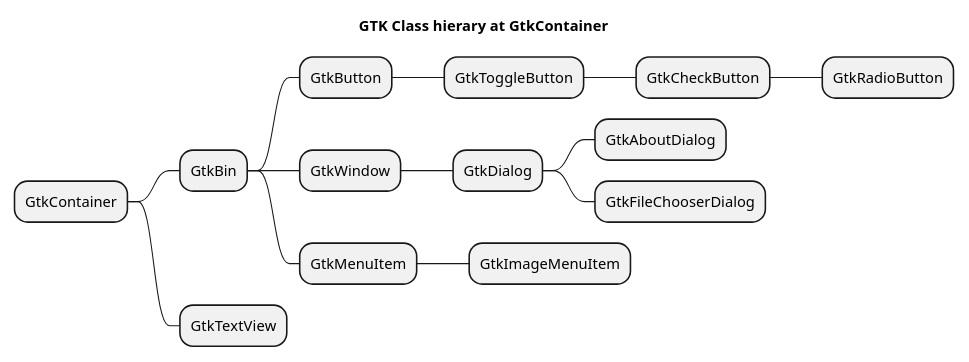
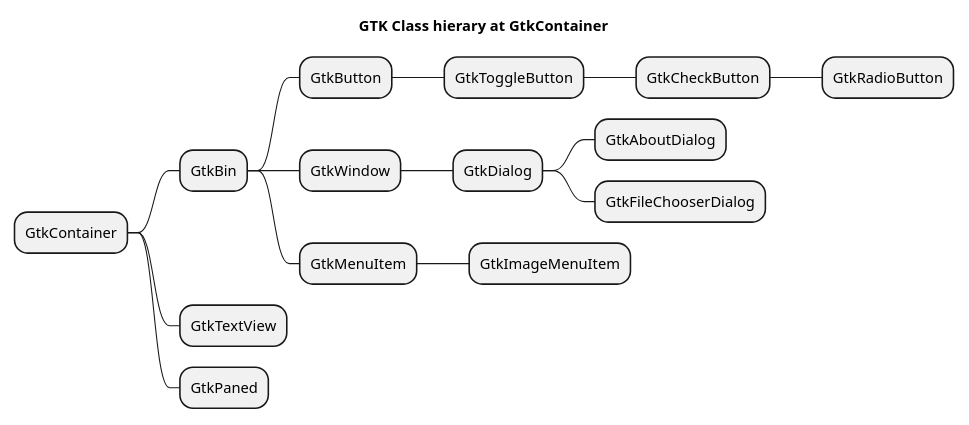
The second of 5 diagrams in doc/Design-docs/Design.md (MARTIMM/gtk-v3), drawn with PlantUML before and after one commit. The commit also changed 2 other files, not shown here.

Commit message:
changes, notes and version

````diff
--- a/doc/Design-docs/Design.md
+++ b/doc/Design-docs/Design.md
@@ -71,24 +71,25 @@
 ```plantuml
 @startmindmap
 scale 0.7
 
 title GTK Class hierary at GtkContainer
 
 * GtkContainer
  * GtkBin
   * GtkButton
    * GtkToggleButton
     * GtkCheckButton
      * GtkRadioButton
 
   * GtkWindow
    * GtkDialog
     * GtkAboutDialog
     * GtkFileChooserDialog
 
   * GtkMenuItem
    * GtkImageMenuItem
 
  * GtkTextView
+ * GtkPaned
 @endmindmap
 ```
````
